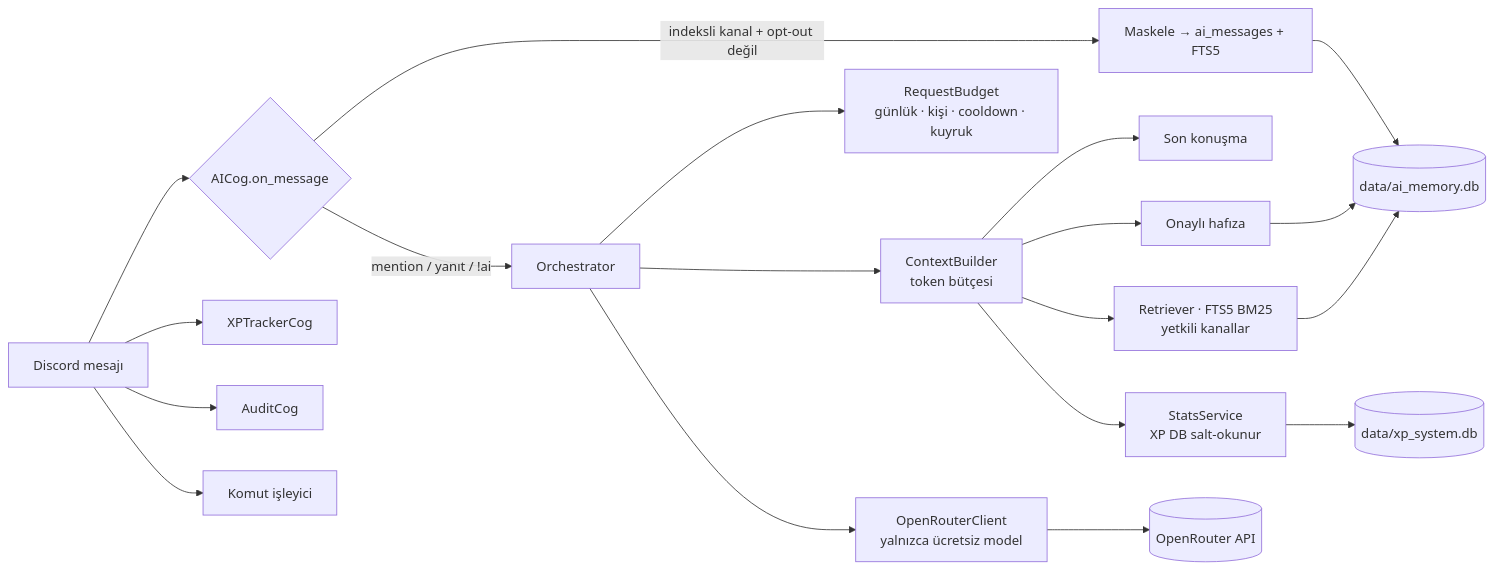
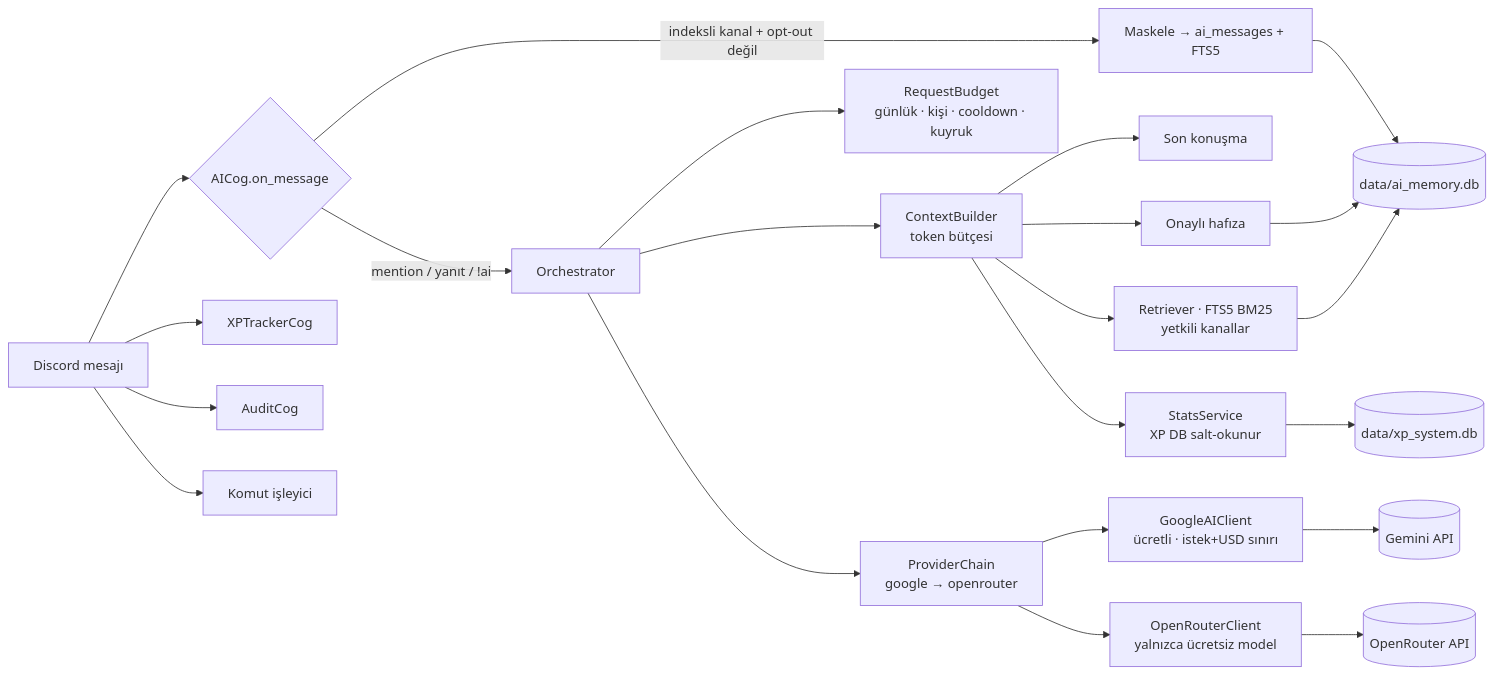
The diagram in README.md (talhacuce87/Bot-GAP), drawn with Mermaid before and after one commit. The commit also changed other lines of this file and 14 other files, not shown here.

First line of the commit message:
feat(ai): Google AI Studio (Gemini API) provider with spend caps

````diff
--- a/README.md
+++ b/README.md
@@ -202,19 +203,22 @@
 ```mermaid
 flowchart LR
     D[Discord mesajı] --> L{AICog.on_message}
     D --> XP[XPTrackerCog] & AU[AuditCog] & CMD[Komut işleyici]
     L -->|indeksli kanal + opt-out değil| ING[Maskele → ai_messages + FTS5]
     L -->|mention / yanıt / !ai| ORC[Orchestrator]
     ORC --> BUD[RequestBudget<br/>günlük · kişi · cooldown · kuyruk]
     ORC --> CTX[ContextBuilder<br/>token bütçesi]
     CTX --> REC[Son konuşma]
     CTX --> MEM[Onaylı hafıza]
     CTX --> RAG[Retriever · FTS5 BM25<br/>yetkili kanallar]
     CTX --> ST[StatsService<br/>XP DB salt-okunur]
-    ORC --> OR[OpenRouterClient<br/>yalnızca ücretsiz model]
+    ORC --> PC[ProviderChain<br/>google → openrouter]
+    PC --> GG[GoogleAIClient<br/>ücretli · istek+USD sınırı]
+    PC --> OR[OpenRouterClient<br/>yalnızca ücretsiz model]
+    GG --> GAPI[(Gemini API)]
     OR --> API[(OpenRouter API)]
     ING --> DB[(data/ai_memory.db)]
     RAG --> DB
     MEM --> DB
     ST --> XDB[(data/xp_system.db)]
 ```
````
